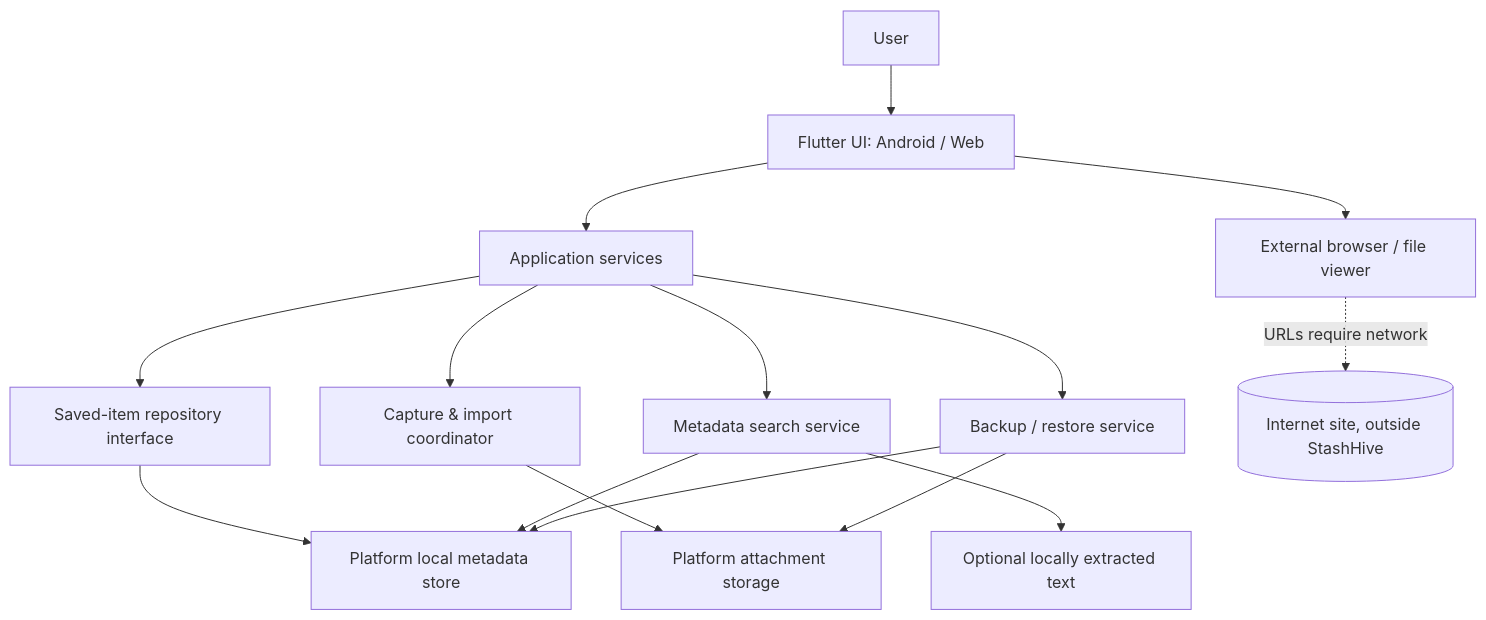
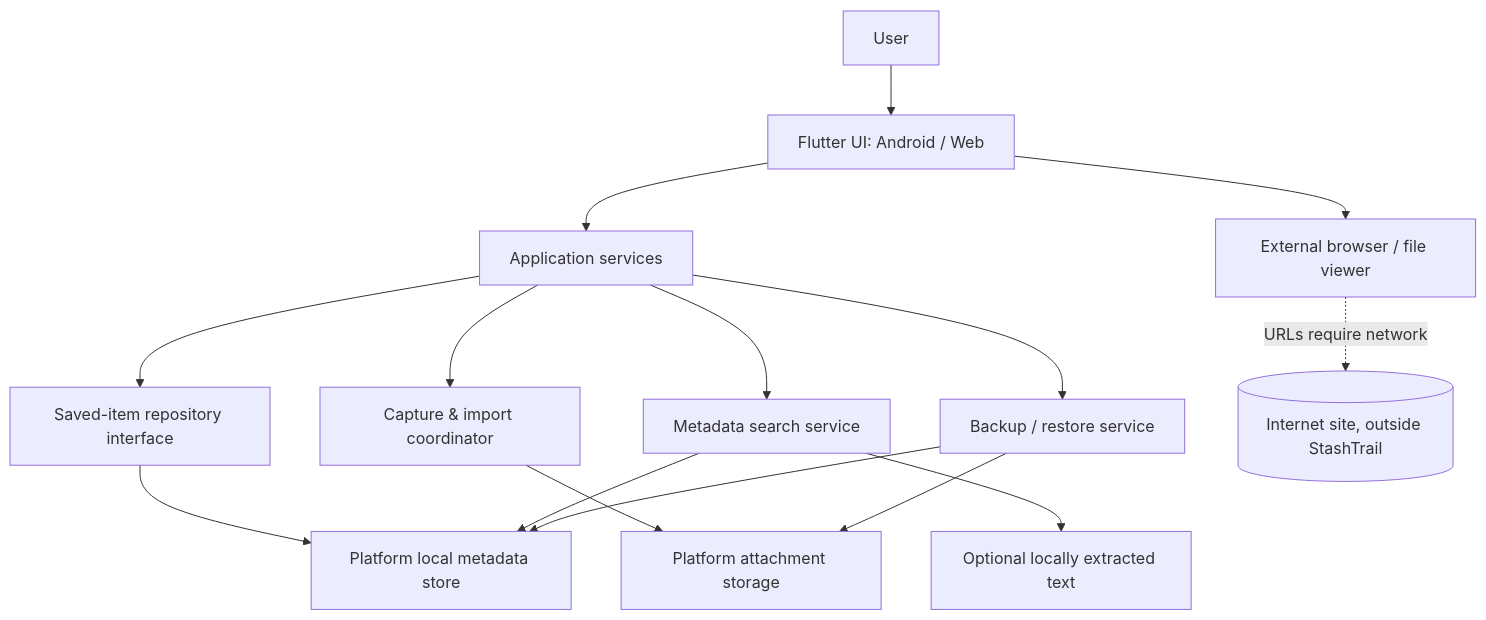
Before and after one commit to senorita-ai0/StashHive: the diagram in docs/architecture.md, drawn with Mermaid. The commit also changed other lines of this file, not shown here.

Commit message:
Align product documentation with StashTrail: docs/architecture.md

````diff
--- a/docs/architecture.md
+++ b/docs/architecture.md
@@ -14,17 +14,17 @@
 ```mermaid
 flowchart TD
     U[User] --> UI[Flutter UI: Android / Web]
     UI --> APP[Application services]
     APP --> REPO[Saved-item repository interface]
     APP --> CAP[Capture & import coordinator]
     APP --> SRCH[Metadata search service]
     APP --> BAK[Backup / restore service]
     REPO --> DB[Platform local metadata store]
     CAP --> FILES[Platform attachment storage]
     SRCH --> DB
     SRCH --> TXT[Optional locally extracted text]
     BAK --> DB
     BAK --> FILES
     UI --> EXT[External browser / file viewer]
-    EXT -. URLs require network .-> NET[(Internet site, outside StashHive)]
+    EXT -. URLs require network .-> NET[(Internet site, outside StashTrail)]
 ```
````
